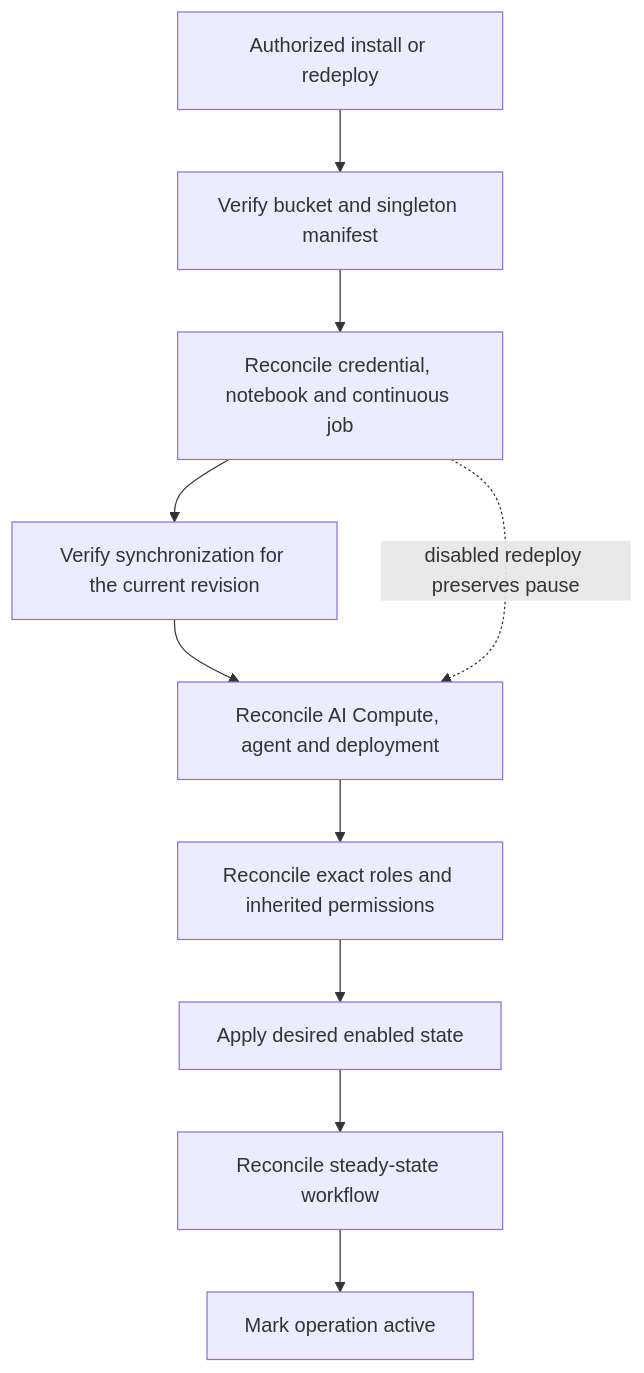
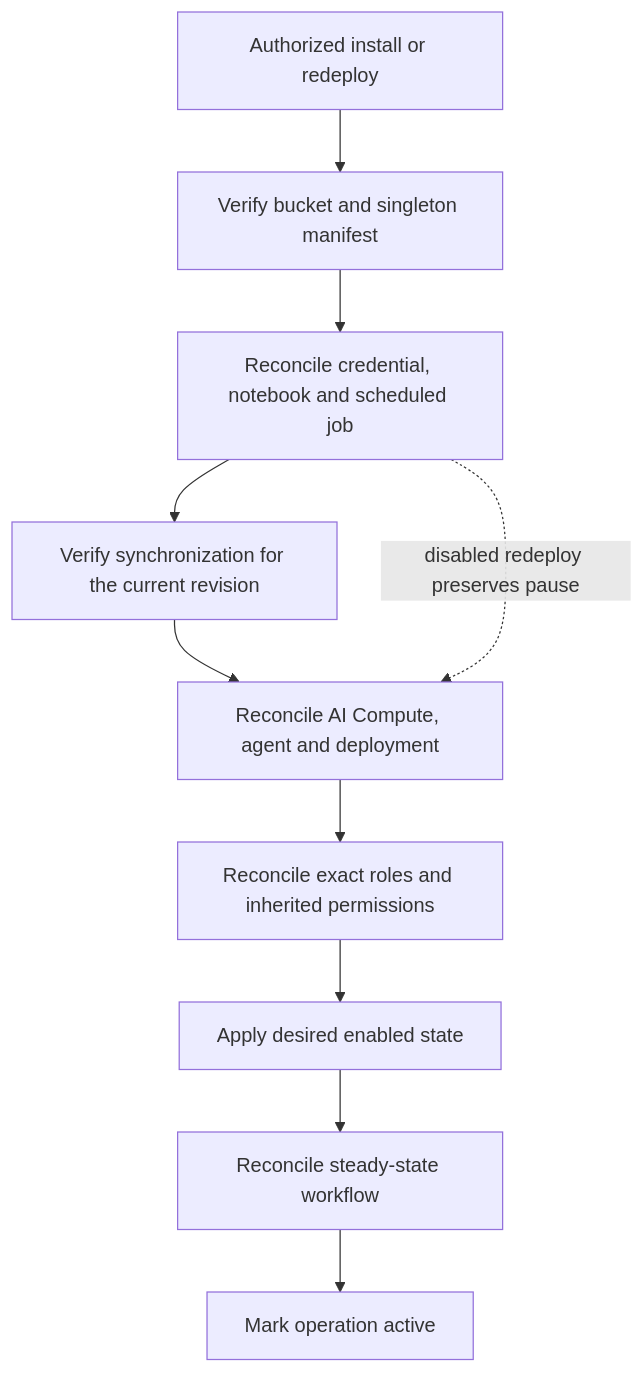
Before and after one commit to jgangini/oci-ai-data-platform-workbench-starter-kits: the second of 2 diagrams in docs/modules/ai-data-governance.md, drawn with Mermaid. The commit also changed other lines of this file and 9 other files, not shown here.

````diff
--- a/docs/modules/ai-data-governance.md
+++ b/docs/modules/ai-data-governance.md
@@ -85,12 +85,12 @@
 ```mermaid
 flowchart TD
     Request[Authorized install or redeploy] --> Verify[Verify bucket and singleton manifest]
-    Verify --> Control[Reconcile credential, notebook and continuous job]
+    Verify --> Control[Reconcile credential, notebook and scheduled job]
     Control --> Sync[Verify synchronization for the current revision]
     Sync --> Agent[Reconcile AI Compute, agent and deployment]
     Agent --> Permissions[Reconcile exact roles and inherited permissions]
     Permissions --> Activate[Apply desired enabled state]
     Activate --> Steady[Reconcile steady-state workflow]
     Steady --> Active[Mark operation active]
     Control -. disabled redeploy preserves pause .-> Agent
 ```
````
